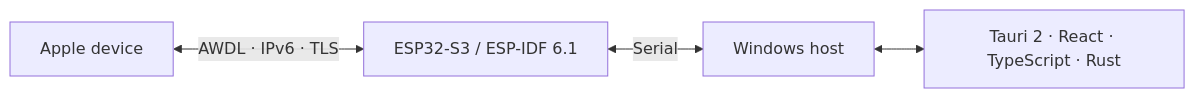
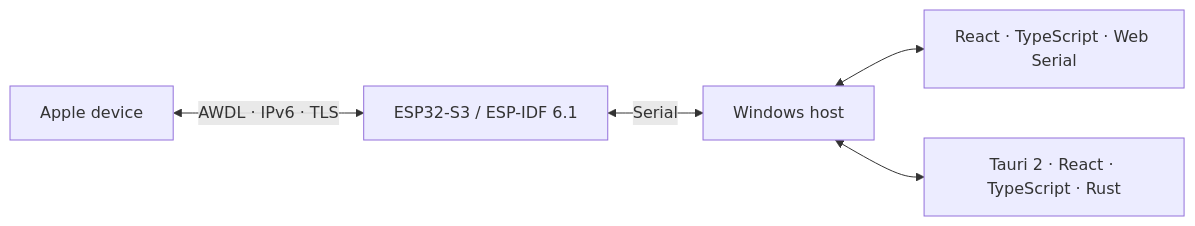
The diagram in README.md (tianrking/AirBridge), drawn with Mermaid before and after one commit. The commit also changed other lines of this file and 20 other files, not shown here.

````diff
--- a/README.md
+++ b/README.md
@@ -146,6 +167,7 @@
 ```mermaid
 flowchart LR
   Apple["Apple device"] <-->|"AWDL · IPv6 · TLS"| ESP["ESP32-S3 / ESP-IDF 6.1"]
   ESP <-->|"Serial"| PC["Windows host"]
+  PC <--> Web["React · TypeScript · Web Serial"]
   PC <--> UI["Tauri 2 · React · TypeScript · Rust"]
 ```
````
